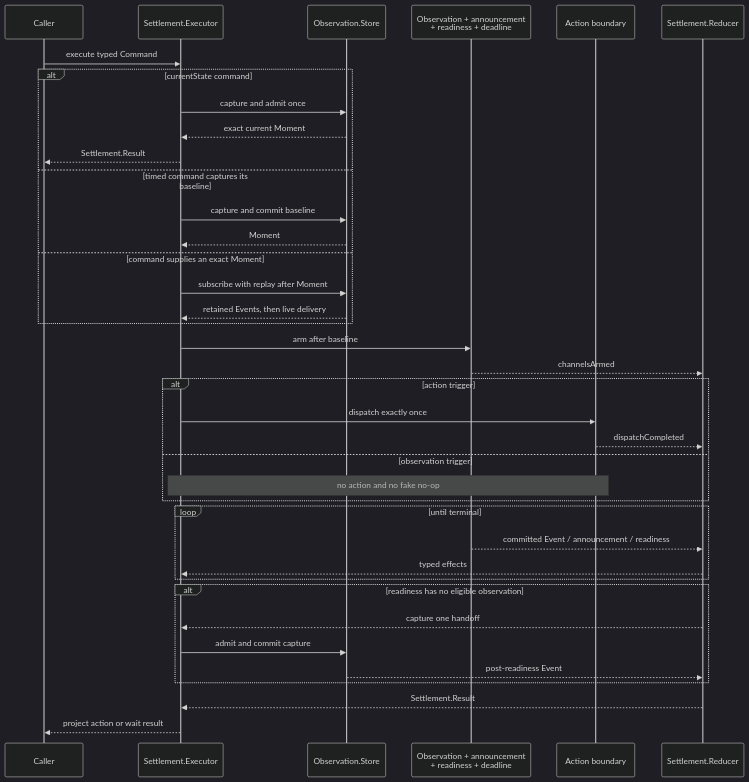
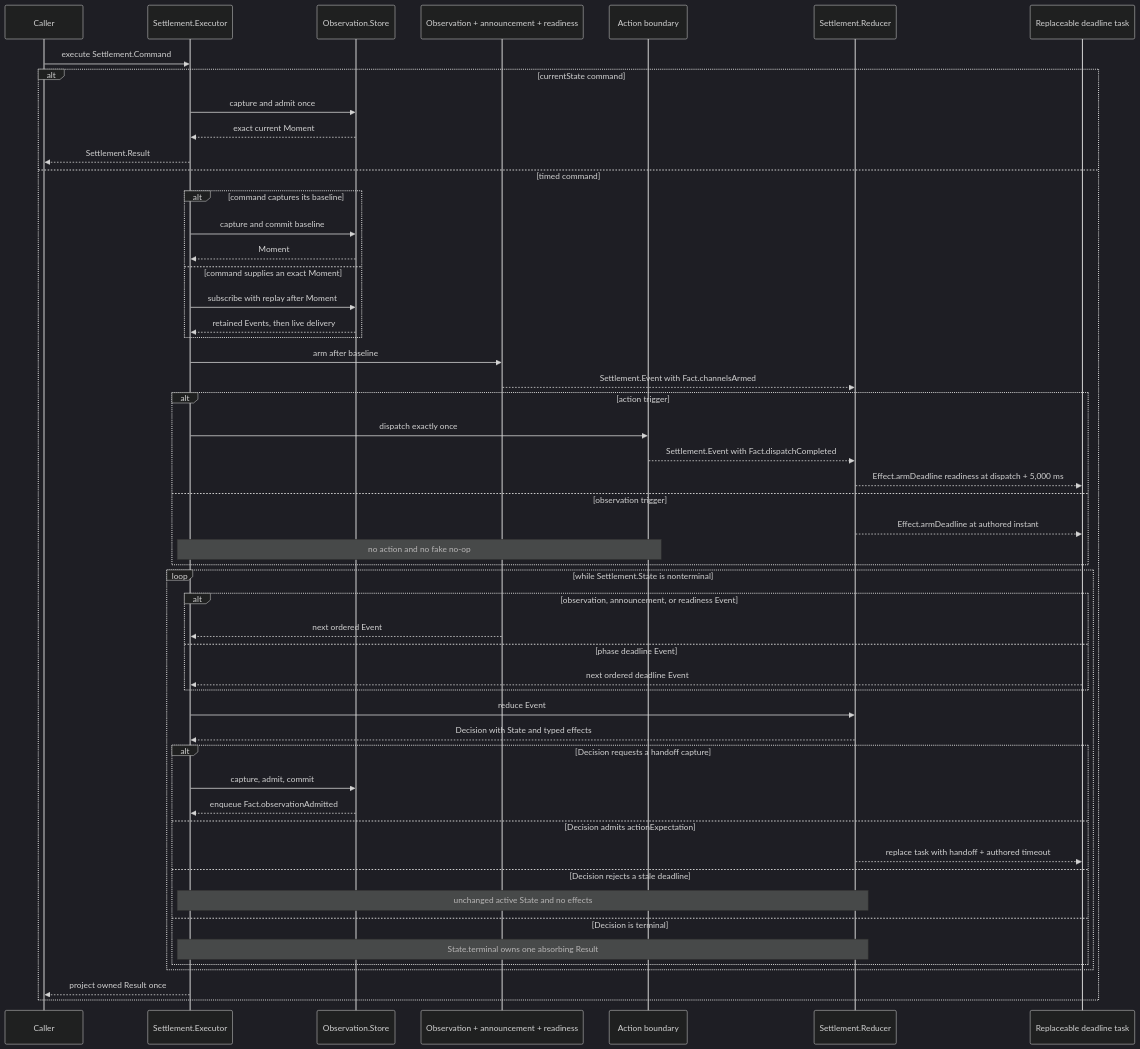
The second of 2 diagrams in docs/diagrams/settle-loop.md (RoyalPineapple/TheButtonHeist), drawn with Mermaid (dark theme) before and after one commit. The commit also changed other lines of this file and 228 other files, not shown here.

````diff
--- a/docs/diagrams/settle-loop.md
+++ b/docs/diagrams/settle-loop.md
@@ -57,41 +64,55 @@
 ```mermaid
 sequenceDiagram
     participant Caller
     participant Executor as Settlement.Executor
     participant Store as Observation.Store
-    participant Channels as Observation + announcement<br/>+ readiness + deadline
+    participant Channels as Observation + announcement + readiness
     participant UIKit as Action boundary
     participant Reducer as Settlement.Reducer
+    participant Clock as Replaceable deadline task
 
-    Caller->>Executor: execute typed Command
+    Caller->>Executor: execute Settlement.Command
     alt currentState command
         Executor->>Store: capture and admit once
         Store-->>Executor: exact current Moment
         Executor-->>Caller: Settlement.Result
-    else timed command captures its baseline
-        Executor->>Store: capture and commit baseline
-        Store-->>Executor: Moment
-    else command supplies an exact Moment
-        Executor->>Store: subscribe with replay after Moment
-        Store-->>Executor: retained Events, then live delivery
+    else timed command
+        alt command captures its baseline
+            Executor->>Store: capture and commit baseline
+            Store-->>Executor: Moment
+        else command supplies an exact Moment
+            Executor->>Store: subscribe with replay after Moment
+            Store-->>Executor: retained Events, then live delivery
+        end
+        Executor->>Channels: arm after baseline
+        Channels-->>Reducer: Settlement.Event with Fact.channelsArmed
+        alt action trigger
+            Executor->>UIKit: dispatch exactly once
+            UIKit-->>Reducer: Settlement.Event with Fact.dispatchCompleted
+            Reducer-->>Clock: Effect.armDeadline readiness at dispatch + 5,000 ms
+        else observation trigger
+            Reducer-->>Clock: Effect.armDeadline at authored instant
+            Note over Executor,UIKit: no action and no fake no-op
+        end
+        loop while Settlement.State is nonterminal
+            alt observation, announcement, or readiness Event
+                Channels-->>Executor: next ordered Event
+            else phase deadline Event
+                Clock-->>Executor: next ordered deadline Event
+            end
+            Executor->>Reducer: reduce Event
+            Reducer-->>Executor: Decision with State and typed effects
+            alt Decision requests a handoff capture
+                Executor->>Store: capture, admit, commit
+                Store-->>Executor: enqueue Fact.observationAdmitted
+            else Decision admits actionExpectation
+                Reducer-->>Clock: replace task with handoff + authored timeout
+            else Decision rejects a stale deadline
+                Note over Reducer,Executor: unchanged active State and no effects
+            else Decision is terminal
+                Note over Reducer,Executor: State.terminal owns one absorbing Result
+            end
+        end
+        Executor-->>Caller: project owned Result once
     end
-    Executor->>Channels: arm after baseline
-    Channels-->>Reducer: channelsArmed
-    alt action trigger
-        Executor->>UIKit: dispatch exactly once
-        UIKit-->>Reducer: dispatchCompleted
-    else observation trigger
-        Note over Executor,UIKit: no action and no fake no-op
-    end
-    loop until terminal
-        Channels-->>Reducer: committed Event / announcement / readiness
-        Reducer-->>Executor: typed effects
-    end
-    alt readiness has no eligible observation
-        Reducer-->>Executor: capture one handoff
-        Executor->>Store: admit and commit capture
-        Store-->>Reducer: post-readiness Event
-    end
-    Reducer-->>Executor: Settlement.Result
-    Executor-->>Caller: project action or wait result
 ```
````
